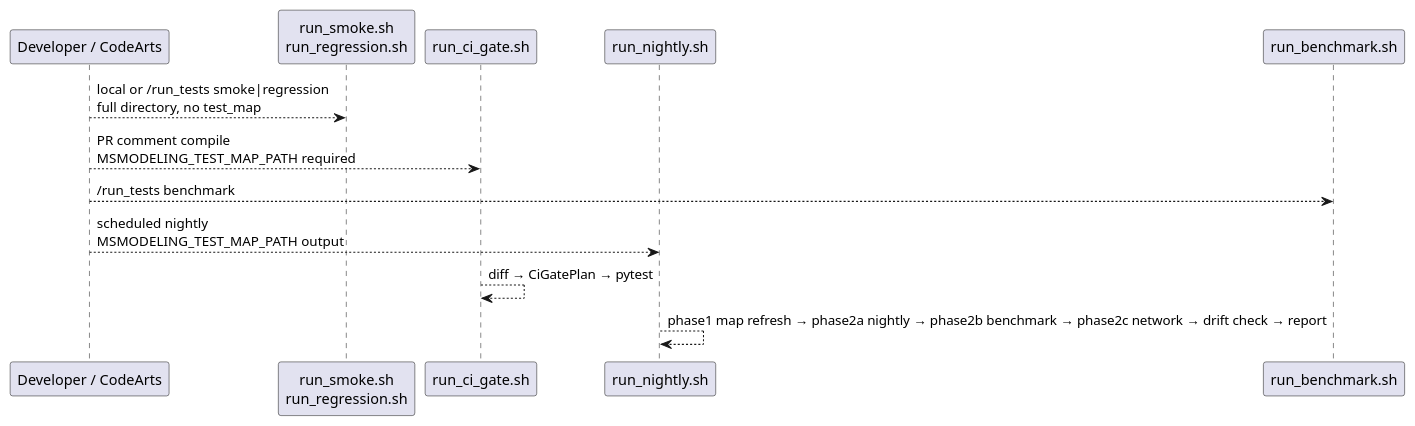
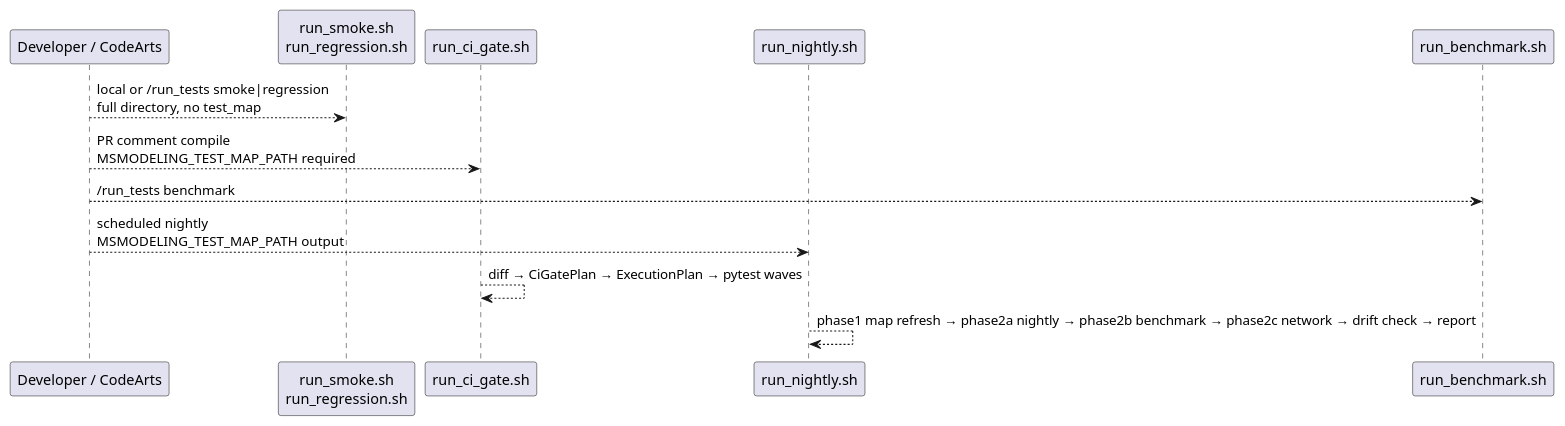
One commit to Ascend/msmodeling changed the first of 4 diagrams in docs/design/ut_refactor.md. Above: the diagram before and after it, drawn with PlantUML. The commit also changed other lines of this file and 32 other files, not shown here.

````diff
--- a/docs/design/ut_refactor.md
+++ b/docs/design/ut_refactor.md
@@ -261,18 +263,18 @@
 ```plantuml
 @startuml
 skinparam shadowing false
 participant "Developer / CodeArts" as user
 participant "run_smoke.sh\nrun_regression.sh" as local
 participant "run_ci_gate.sh" as gate
 participant "run_nightly.sh" as night
 participant "run_benchmark.sh" as bench
 
 user --> local : local or /run_tests smoke|regression\nfull directory, no test_map
 user --> gate : PR comment compile\nMSMODELING_TEST_MAP_PATH required
 user --> bench : /run_tests benchmark
 user --> night : scheduled nightly\nMSMODELING_TEST_MAP_PATH output
 
-gate --> gate : diff → CiGatePlan → pytest
+gate --> gate : diff → CiGatePlan → ExecutionPlan → pytest waves
 night --> night : phase1 map refresh → phase2a nightly → phase2b benchmark → phase2c network → drift check → report
 @enduml
 ```
````
